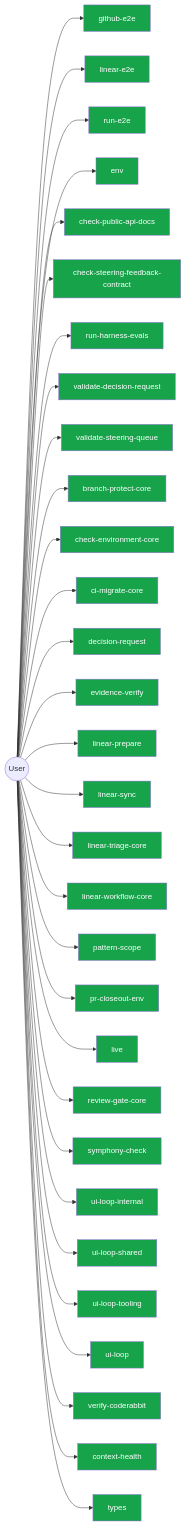
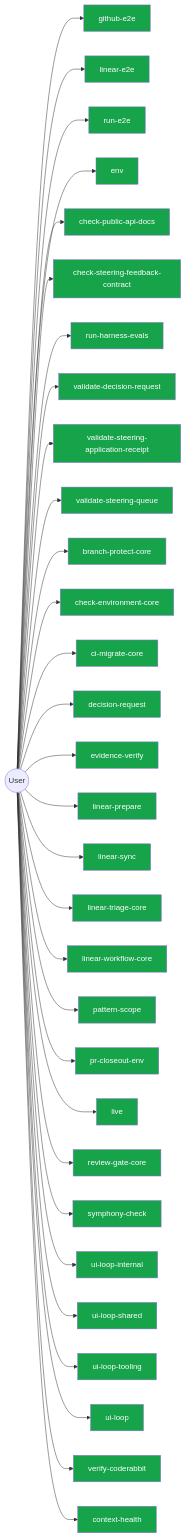
Before and after one commit to jscraik/coding-harness: diagram 14 of 14 in AI/context/diagram-context.md, drawn with Mermaid. The commit also changed other lines of this file and 32 other files, not shown here.

First line of the commit message:
feat(steering): add CNF-006 application receipt (#336)

````diff
--- a/AI/context/diagram-context.md
+++ b/AI/context/diagram-context.md
@@ -1644,67 +1623,67 @@
 ```mermaid
 flowchart LR
   User(("User"))
   github_e2e_2891a341["github-e2e"]
   User --> github_e2e_2891a341
   linear_e2e_decf3708["linear-e2e"]
   User --> linear_e2e_decf3708
   run_e2e_39efe696["run-e2e"]
   User --> run_e2e_39efe696
   env_b77349bf["env"]
   User --> env_b77349bf
   check_public_api_docs_a9604f1b["check-public-api-docs"]
   User --> check_public_api_docs_a9604f1b
   check_steering_feedback_contract_80134459["check-steering-feedback-contract"]
   User --> check_steering_feedback_contract_80134459
   run_harness_evals_77704768["run-harness-evals"]
   User --> run_harness_evals_77704768
   validate_decision_request_2e5c325e["validate-decision-request"]
   User --> validate_decision_request_2e5c325e
+  validate_steering_application_receipt_c922e84a["validate-steering-application-receipt"]
+  User --> validate_steering_application_receipt_c922e84a
   validate_steering_queue_4bc0cc94["validate-steering-queue"]
   User --> validate_steering_queue_4bc0cc94
   branch_protect_core_a8feb0fd["branch-protect-core"]
   User --> branch_protect_core_a8feb0fd
   check_environment_core_2c16213f["check-environment-core"]
   User --> check_environment_core_2c16213f
   ci_migrate_core_7005b5af["ci-migrate-core"]
   User --> ci_migrate_core_7005b5af
   decision_request_118a770d["decision-request"]
   User --> decision_request_118a770d
   evidence_verify_3b73c290["evidence-verify"]
   User --> evidence_verify_3b73c290
   linear_prepare_0c613ba6["linear-prepare"]
   User --> linear_prepare_0c613ba6
   linear_sync_a2fa2bf7["linear-sync"]
   User --> linear_sync_a2fa2bf7
   linear_triage_core_7cbca73e["linear-triage-core"]
   User --> linear_triage_core_7cbca73e
   linear_workflow_core_0e19cff4["linear-workflow-core"]
   User --> linear_workflow_core_0e19cff4
   pattern_scope_61ff946d["pattern-scope"]
   User --> pattern_scope_61ff946d
   pr_closeout_env_9bfcd9ef["pr-closeout-env"]
   User --> pr_closeout_env_9bfcd9ef
   live_247610f4["live"]
   User --> live_247610f4
   review_gate_core_4c8001f9["review-gate-core"]
   User --> review_gate_core_4c8001f9
   symphony_check_e97f2ea0["symphony-check"]
   User --> symphony_check_e97f2ea0
   ui_loop_internal_f2eb8892["ui-loop-internal"]
   User --> ui_loop_internal_f2eb8892
   ui_loop_shared_8c83b841["ui-loop-shared"]
   User --> ui_loop_shared_8c83b841
   ui_loop_tooling_12b2d2c7["ui-loop-tooling"]
   User --> ui_loop_tooling_12b2d2c7
   ui_loop_11660889["ui-loop"]
   User --> ui_loop_11660889
   verify_coderabbit_490b4e71["verify-coderabbit"]
   User --> verify_coderabbit_490b4e71
   context_health_1_ceb11829["context-health"]
   User --> context_health_1_ceb11829
-  types_2_d9bc6e7a["types"]
-  User --> types_2_d9bc6e7a
   classDef userNode fill:#16a34a,color:#fff
-  class github_e2e_2891a341,linear_e2e_decf3708,run_e2e_39efe696,env_b77349bf,check_public_api_docs_a9604f1b,check_steering_feedback_contract_80134459,run_harness_evals_77704768,validate_decision_request_2e5c325e,validate_steering_queue_4bc0cc94,branch_protect_core_a8feb0fd,check_environment_core_2c16213f,ci_migrate_core_7005b5af,decision_request_118a770d,evidence_verify_3b73c290,linear_prepare_0c613ba6,linear_sync_a2fa2bf7,linear_triage_core_7cbca73e,linear_workflow_core_0e19cff4,pattern_scope_61ff946d,pr_closeout_env_9bfcd9ef,live_247610f4,review_gate_core_4c8001f9,symphony_check_e97f2ea0,ui_loop_internal_f2eb8892,ui_loop_shared_8c83b841,ui_loop_tooling_12b2d2c7,ui_loop_11660889,verify_coderabbit_490b4e71,context_health_1_ceb11829,types_2_d9bc6e7a userNode
+  class github_e2e_2891a341,linear_e2e_decf3708,run_e2e_39efe696,env_b77349bf,check_public_api_docs_a9604f1b,check_steering_feedback_contract_80134459,run_harness_evals_77704768,validate_decision_request_2e5c325e,validate_steering_application_receipt_c922e84a,validate_steering_queue_4bc0cc94,branch_protect_core_a8feb0fd,check_environment_core_2c16213f,ci_migrate_core_7005b5af,decision_request_118a770d,evidence_verify_3b73c290,linear_prepare_0c613ba6,linear_sync_a2fa2bf7,linear_triage_core_7cbca73e,linear_workflow_core_0e19cff4,pattern_scope_61ff946d,pr_closeout_env_9bfcd9ef,live_247610f4,review_gate_core_4c8001f9,symphony_check_e97f2ea0,ui_loop_internal_f2eb8892,ui_loop_shared_8c83b841,ui_loop_tooling_12b2d2c7,ui_loop_11660889,verify_coderabbit_490b4e71,context_health_1_ceb11829 userNode
 
 ```
````
